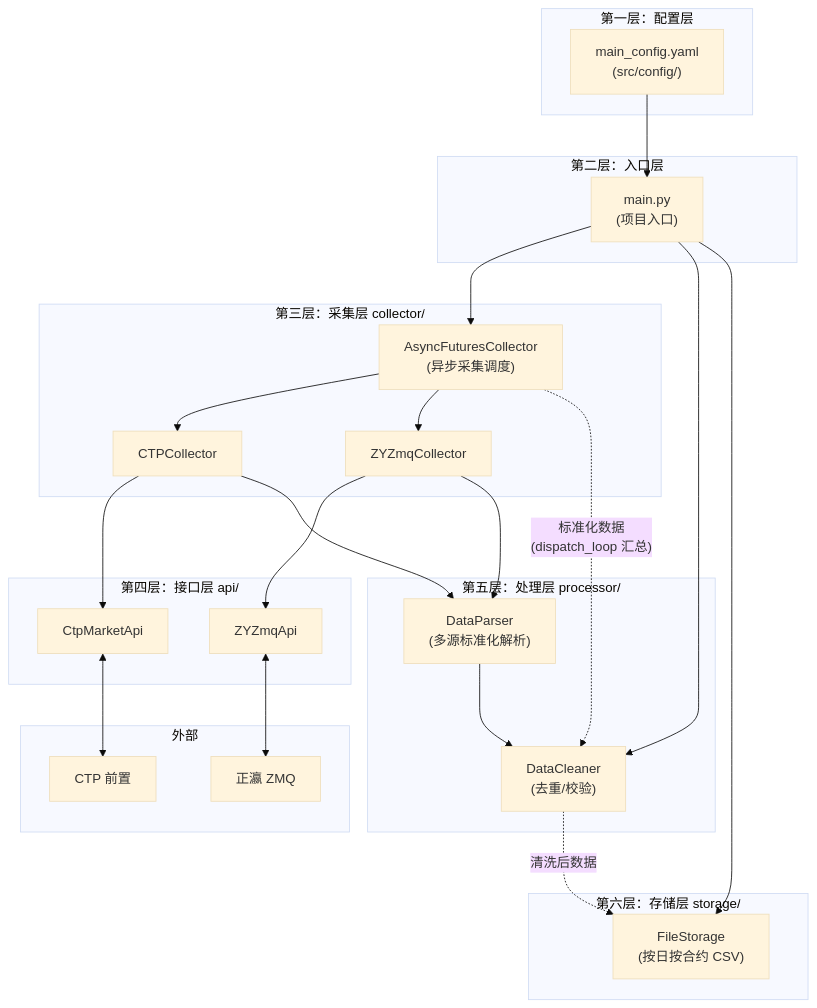
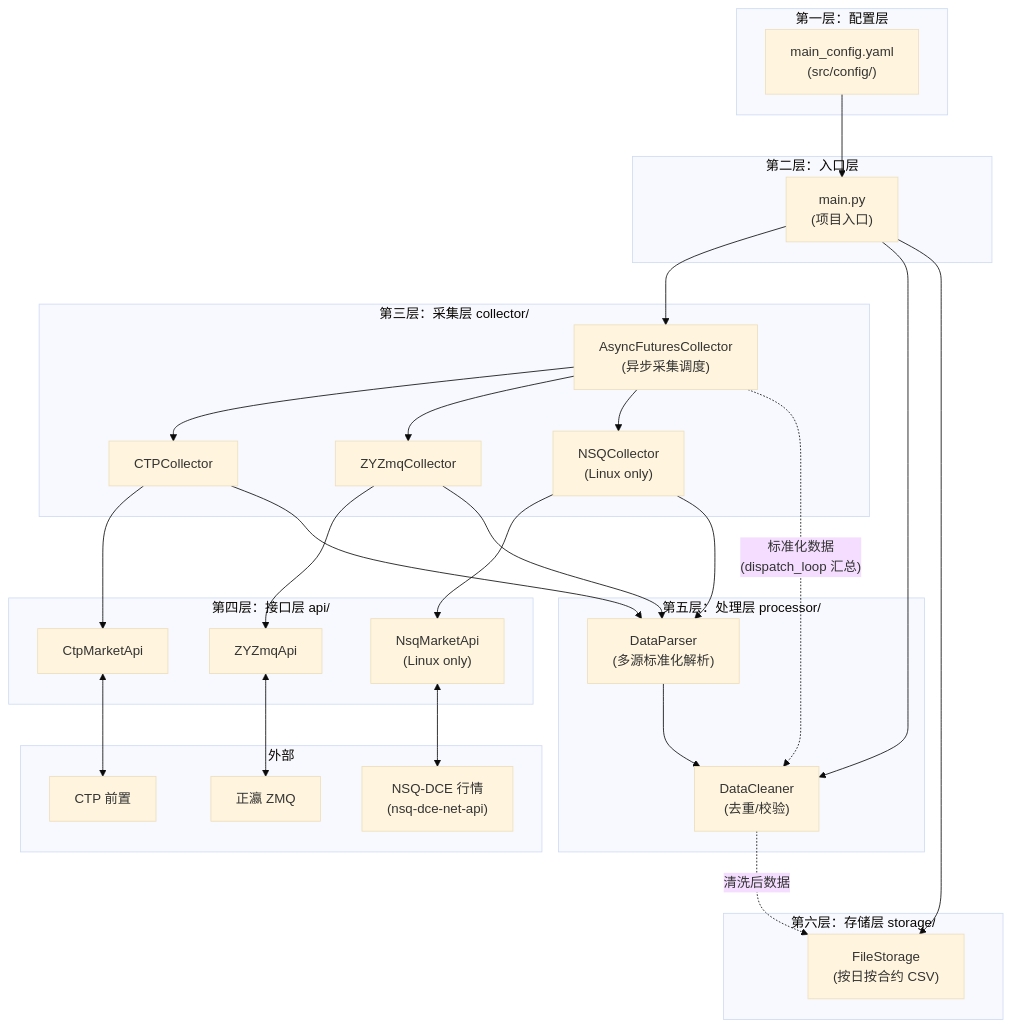
Before and after one commit to dancing-clown/futures_quant_framework: the first of 2 diagrams in README.md, drawn with Mermaid (base theme). The commit also changed other lines of this file, not shown here.

First line of the commit message:
docs: 更新 README.md，增加 NSQ-DCE 行情源说明

````diff
--- a/README.md
+++ b/README.md
@@ -24,51 +25,58 @@
 ```mermaid
 flowchart TB
     subgraph L1["第一层：配置层"]
         Config["main_config.yaml\n(src/config/)"]
     end
 
     subgraph L2["第二层：入口层"]
         Main["main.py\n(项目入口)"]
     end
 
     subgraph L3["第三层：采集层 collector/"]
         AsyncCollector["AsyncFuturesCollector\n(异步采集调度)"]
         CTPCollector["CTPCollector"]
         ZYCollector["ZYZmqCollector"]
+        NSQCollector["NSQCollector\n(Linux only)"]
         AsyncCollector --> CTPCollector
         AsyncCollector --> ZYCollector
+        AsyncCollector --> NSQCollector
     end
 
     subgraph L4["第四层：接口层 api/"]
         CtpApi["CtpMarketApi"]
         ZyApi["ZYZmqApi"]
+        NsqApi["NsqMarketApi\n(Linux only)"]
     end
 
     subgraph L5["第五层：处理层 processor/"]
         Parser["DataParser\n(多源标准化解析)"]
         Cleaner["DataCleaner\n(去重/校验)"]
         Parser --> Cleaner
     end
 
     subgraph L6["第六层：存储层 storage/"]
         FileStorage["FileStorage\n(按日按合约 CSV)"]
     end
 
     subgraph EXT["外部"]
         CTP["CTP 前置"]
         ZMQ["正瀛 ZMQ"]
+        NSQ["NSQ-DCE 行情\n(nsq-dce-net-api)"]
     end
 
     Config --> Main
     Main --> AsyncCollector
     Main --> Cleaner
     Main --> FileStorage
     CTPCollector --> CtpApi
     CTPCollector --> Parser
     ZYCollector --> ZyApi
     ZYCollector --> Parser
+    NSQCollector --> NsqApi
+    NSQCollector --> Parser
     CtpApi <--> CTP
     ZyApi <--> ZMQ
+    NsqApi <--> NSQ
     AsyncCollector -.->|"标准化数据\n(dispatch_loop 汇总)"| Cleaner
     Cleaner -.->|"清洗后数据"| FileStorage
 ```
````
